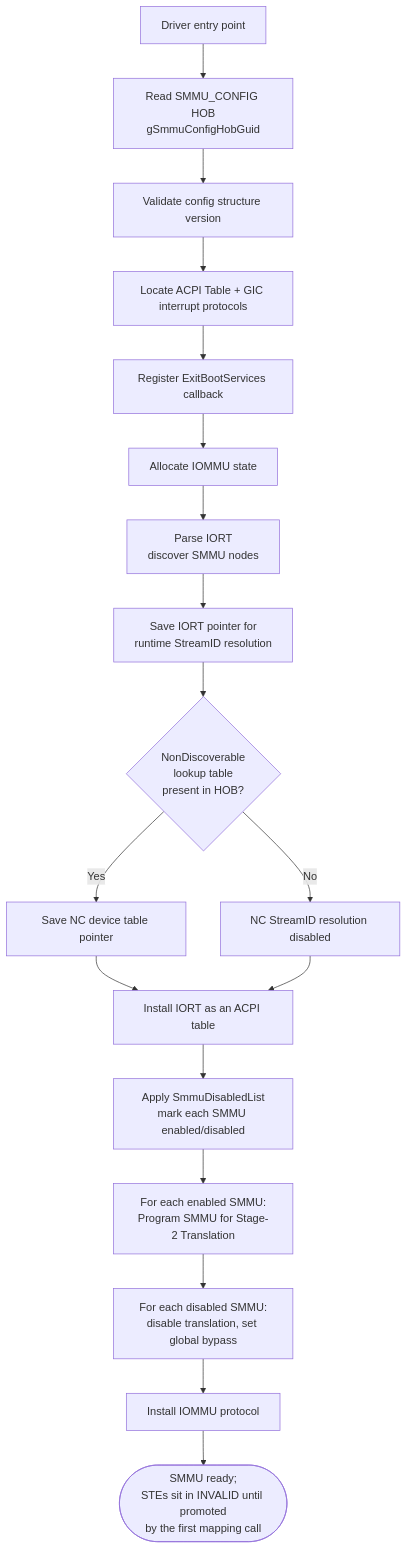
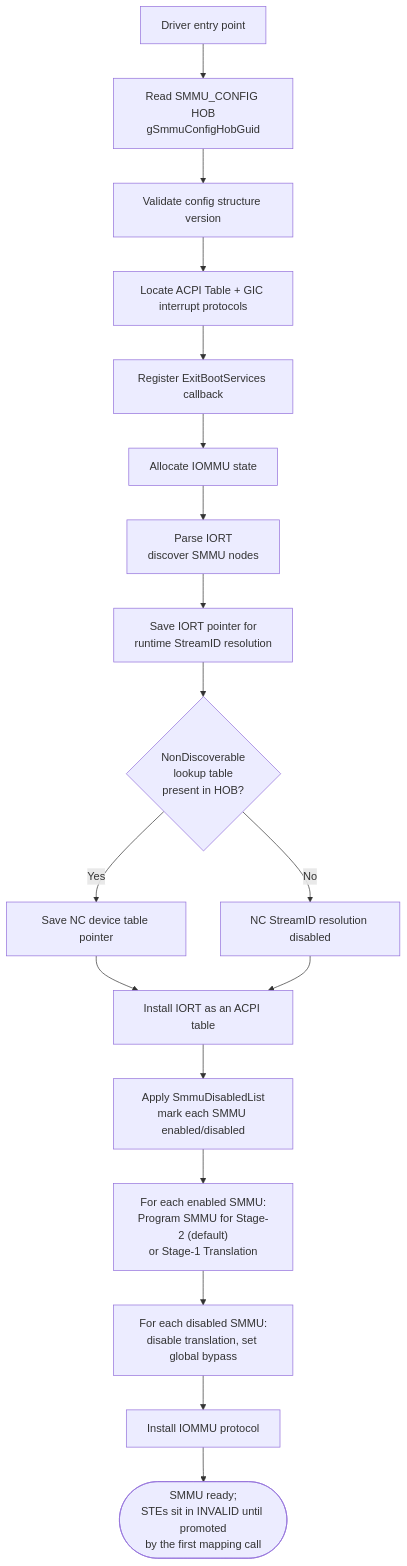
One commit to eeshanl/mu_basecore changed the first of 2 diagrams in ArmPkg/Drivers/SmmuDxe/README.md. Above: the diagram before and after it, drawn with Mermaid. The commit also changed other lines of this file and 6 other files, not shown here.

First line of the commit message:
ArmPkg: Add Stage 1 support to SmmuDxe

````diff
--- a/ArmPkg/Drivers/SmmuDxe/README.md
+++ b/ArmPkg/Drivers/SmmuDxe/README.md
@@ -303,20 +318,20 @@
 ```mermaid
 flowchart TD
   Entry[Driver entry point] --> Hob[Read SMMU_CONFIG HOB<br/>gSmmuConfigHobGuid]
   Hob --> Ver[Validate config structure version]
   Ver --> Loc[Locate ACPI Table + GIC interrupt protocols]
   Loc --> Evt[Register ExitBootServices callback]
   Evt --> Cfg[Allocate IOMMU state]
   Cfg --> Parse[Parse IORT<br/>discover SMMU nodes]
   Parse --> SaveIort[Save IORT pointer for<br/>runtime StreamID resolution]
   SaveIort --> NcTbl{NonDiscoverable<br/>lookup table<br/>present in HOB?}
   NcTbl -- Yes --> NcOn[Save NC device table pointer]
   NcTbl -- No --> NcOff[NC StreamID resolution disabled]
   NcOn --> Inst
   NcOff --> Inst[Install IORT as an ACPI table]
   Inst --> Dis[Apply SmmuDisabledList<br/>mark each SMMU enabled/disabled]
-  Dis --> EnLoop["For each enabled SMMU:<br/>Program SMMU for Stage-2 Translation"]
+  Dis --> EnLoop["For each enabled SMMU:<br/>Program SMMU for Stage-2 (default)<br/>or Stage-1 Translation"]
   EnLoop --> DisLoop[For each disabled SMMU:<br/>disable translation, set global bypass]
   DisLoop --> Install[Install IOMMU protocol]
   Install --> Ready([SMMU ready;<br/>STEs sit in INVALID until promoted<br/>by the first mapping call])
 ```
````
